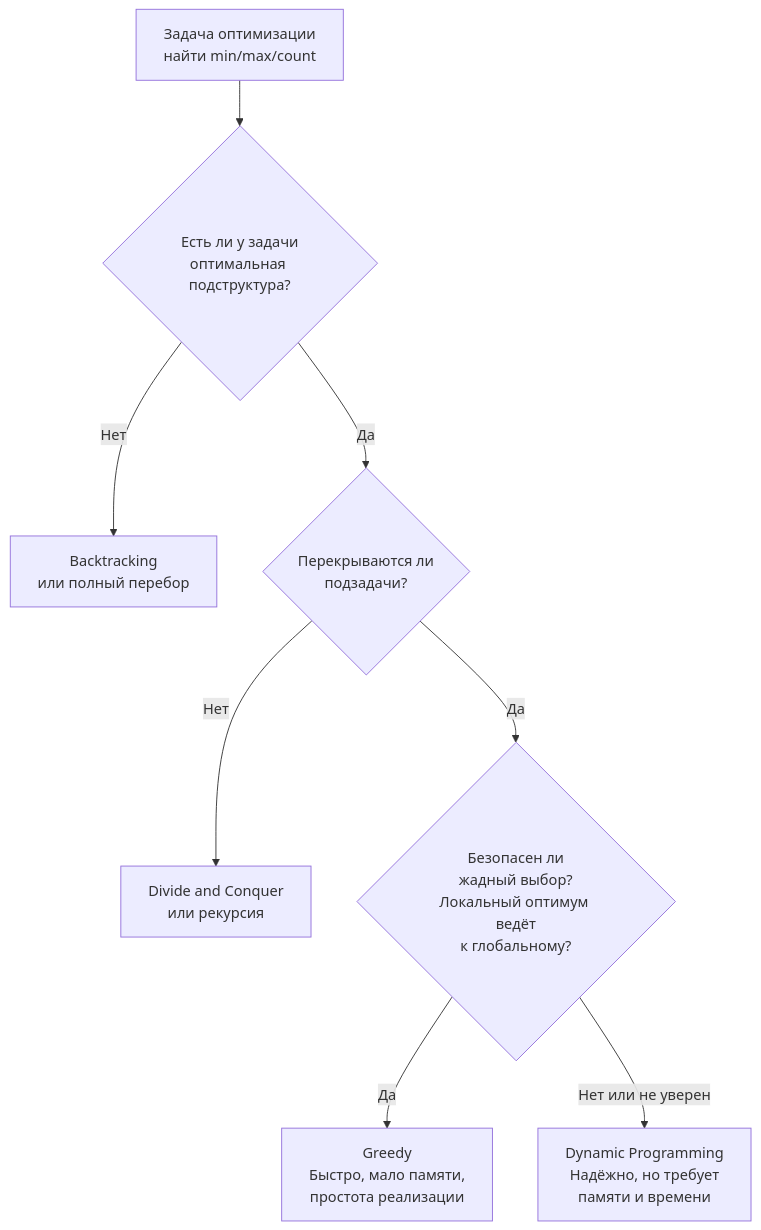
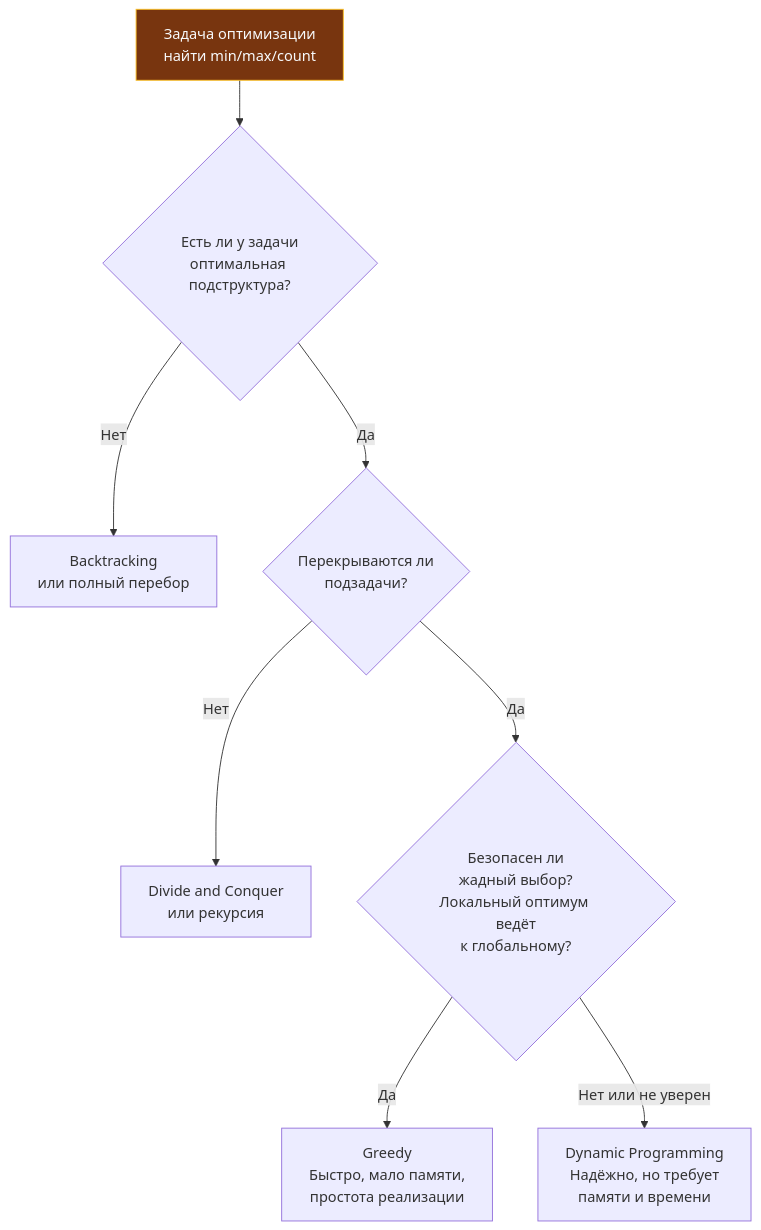
One commit to UnrealTemplier/go-textbook changed the first of 2 diagrams in sources/21. Задачи с LeetCode и собеседований на Go/01. Теория/11. Когда выбирать greedy, а когда dynamic programming.md. Above: the diagram before and after it, drawn with Mermaid. The commit also changed other lines of this file and 1666 other files, not shown here.

First line of the commit message:
feat(mermaid): add semantic color classDef to 1369 colorless flowchart/graph diagrams

````diff
--- a/sources/21. Задачи с LeetCode и собеседований на Go/01. Теория/11. Когда выбирать greedy, а когда dynamic programming.md
+++ b/sources/21. Задачи с LeetCode и собеседований на Go/01. Теория/11. Когда выбирать greedy, а когда dynamic programming.md
@@ -14,10 +14,20 @@
 ```mermaid
 flowchart TD
-    Problem["Задача оптимизации<br>найти min/max/count"] --> Q1{"Есть ли у задачи<br>оптимальная подструктура?"}
+    classDef process  fill:#1e293b,stroke:#38bdf8,stroke-width:1px,color:#f8fafc
+    classDef success  fill:#064e3b,stroke:#34d399,stroke-width:1px,color:#f8fafc
+    classDef error    fill:#7f1d1d,stroke:#f87171,stroke-width:1px,color:#f8fafc
+    classDef warning  fill:#78350f,stroke:#fbbf24,stroke-width:1px,color:#f8fafc
+    classDef entry    fill:#1e3a5f,stroke:#38bdf8,stroke-width:2px,color:#f8fafc
+    classDef aux      fill:#334155,stroke:#64748b,stroke-width:1px,color:#f8fafc
+    classDef system   fill:#312e81,stroke:#a78bfa,stroke-width:1px,color:#f8fafc
+    classDef data     fill:#132d29,stroke:#2dd4bf,stroke-width:1px,color:#f8fafc
+    classDef network  fill:#881337,stroke:#fb7185,stroke-width:1px,color:#f8fafc
+    classDef accent   fill:#1e1b4b,stroke:#818cf8,stroke-width:1px,color:#f8fafc
+    Problem["Задача оптимизации<br>найти min/max/count"]:::warning --> Q1{"Есть ли у задачи<br>оптимальная подструктура?"}
     Q1 -->|"Нет"| Other["Backtracking<br>или полный перебор"]
     Q1 -->|"Да"| Q2{"Перекрываются ли<br>подзадачи?"}
     Q2 -->|"Нет"| Divide["Divide and Conquer<br>или рекурсия"]
     Q2 -->|"Да"| Q3{"Безопасен ли<br>жадный выбор?<br>Локальный оптимум ведёт<br>к глобальному?"}
     Q3 -->|"Да"| Greedy["Greedy<br>Быстро, мало памяти,<br>простота реализации"]
     Q3 -->|"Нет или не уверен"| DP["Dynamic Programming<br>Надёжно, но требует<br>памяти и времени"]
 ```
````
